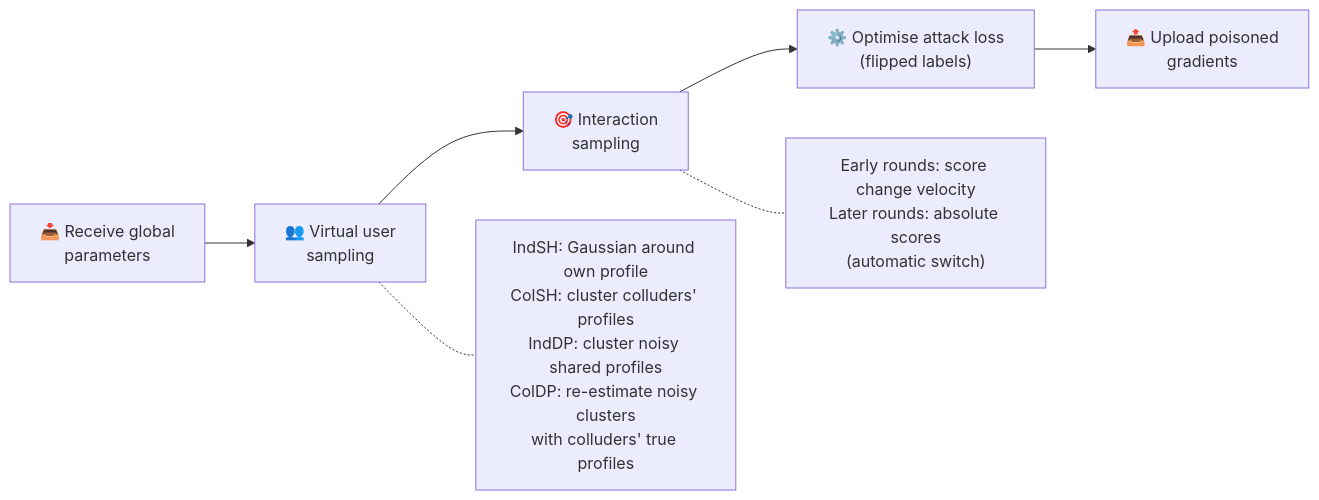
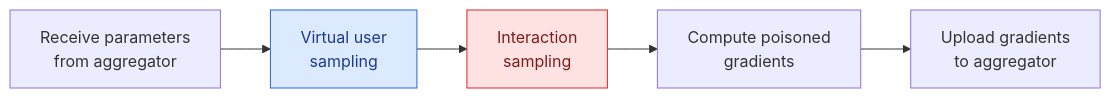
The diagram in README.md (yuronghaoA/FRecAttack2), drawn with Mermaid before and after one commit. The commit also changed other lines of this file, not shown here.

````diff
--- a/README.md
+++ b/README.md
@@ -66,10 +62,10 @@
 ```mermaid
 flowchart LR
-    A["📥 Receive global<br/>parameters"] --> B["👥 Virtual user<br/>sampling"]
-    B --> C["🎯 Interaction<br/>sampling"]
-    C --> D["⚙️ Optimise attack loss<br/>(flipped labels)"]
-    D --> E["📤 Upload poisoned<br/>gradients"]
+    A["Receive parameters<br/>from aggregator"] --> B["Virtual user<br/>sampling"]
+    B --> C["Interaction<br/>sampling"]
+    C --> D["Compute poisoned<br/>gradients"]
+    D --> E["Upload gradients<br/>to aggregator"]
 
-    B -.- B1["IndSH: Gaussian around own profile<br/>ColSH: cluster colluders' profiles<br/>IndDP: cluster noisy shared profiles<br/>ColDP: re-estimate noisy clusters<br/>with colluders' true profiles"]
-    C -.- C1["Early rounds: score change velocity<br/>Later rounds: absolute scores<br/>(automatic switch)"]
+    style B fill:#dbeafe,stroke:#2563eb,color:#1e3a8a
+    style C fill:#fee2e2,stroke:#dc2626,color:#7f1d1d
 ```
````
